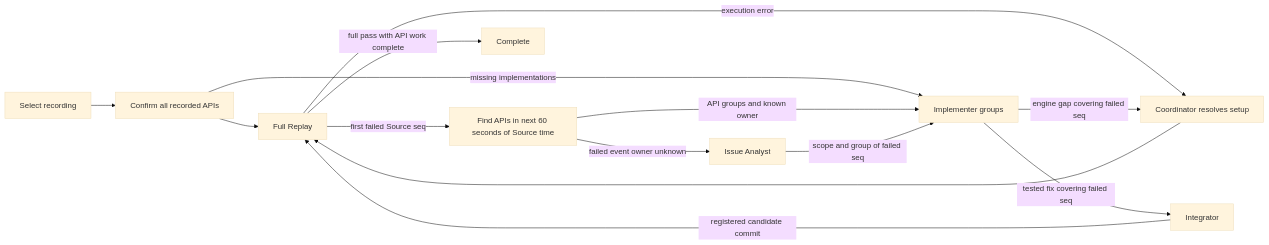
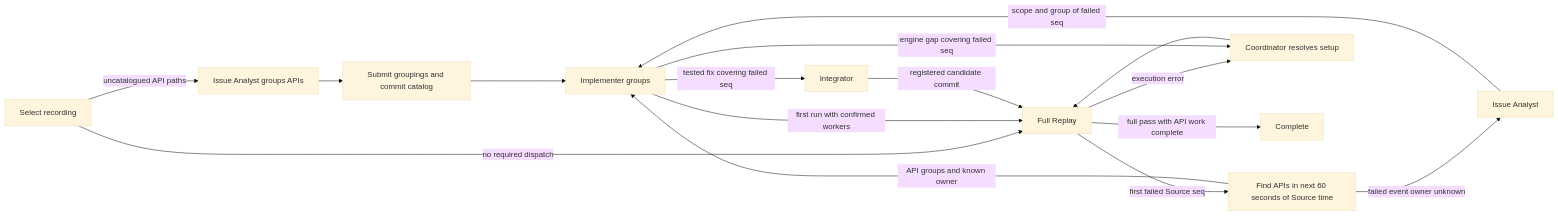
One commit to we-b0ts/be-engine changed the diagram in docs/session-regression.md. Above: the diagram before and after it, drawn with Mermaid (base theme). The commit also changed other lines of this file and 22 other files, not shown here.

````diff
--- a/docs/session-regression.md
+++ b/docs/session-regression.md
@@ -180,16 +188,18 @@
 ```mermaid
 flowchart LR
-    select[Select recording] --> review[Confirm all recorded APIs]
-    review --> replay[Full Replay]
-    review -->|missing implementations| work[Implementer groups]
+    select[Select recording] -->|uncatalogued API paths| grouping[Issue Analyst groups APIs]
+    grouping --> catalog[Submit groupings and commit catalog]
+    catalog --> work[Implementer groups]
+    select -->|no required dispatch| replay[Full Replay]
+    work -->|first run with confirmed workers| replay
     replay -->|first failed Source seq| window[Find APIs in next 60 seconds of Source time]
     window -->|API groups and known owner| work
     window -->|failed event owner unknown| analysis[Issue Analyst]
     analysis -->|scope and group of failed seq| work
     replay -->|execution error| setup[Coordinator resolves setup]
     setup --> replay
     work -->|engine gap covering failed seq| setup
     work -->|tested fix covering failed seq| integration[Integrator]
     integration -->|registered candidate commit| replay
     replay -->|full pass with API work complete| complete[Complete]
 ```
````
